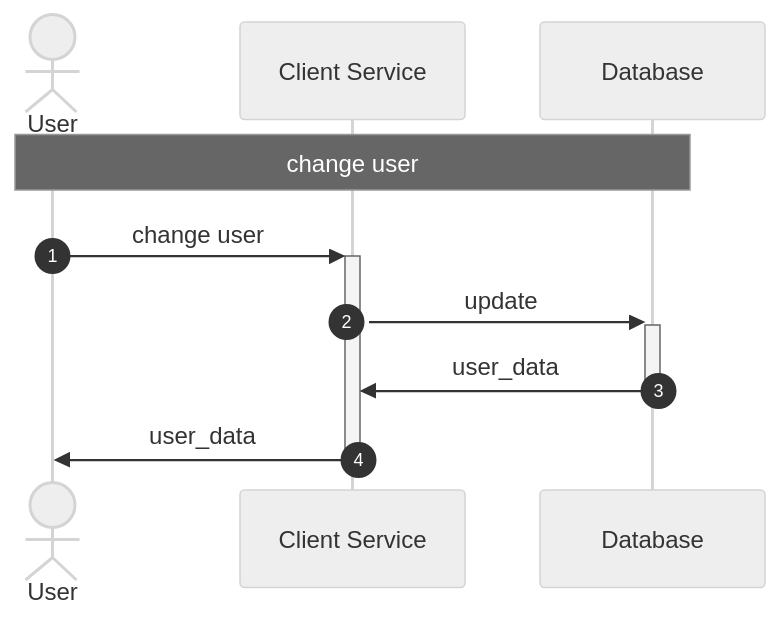
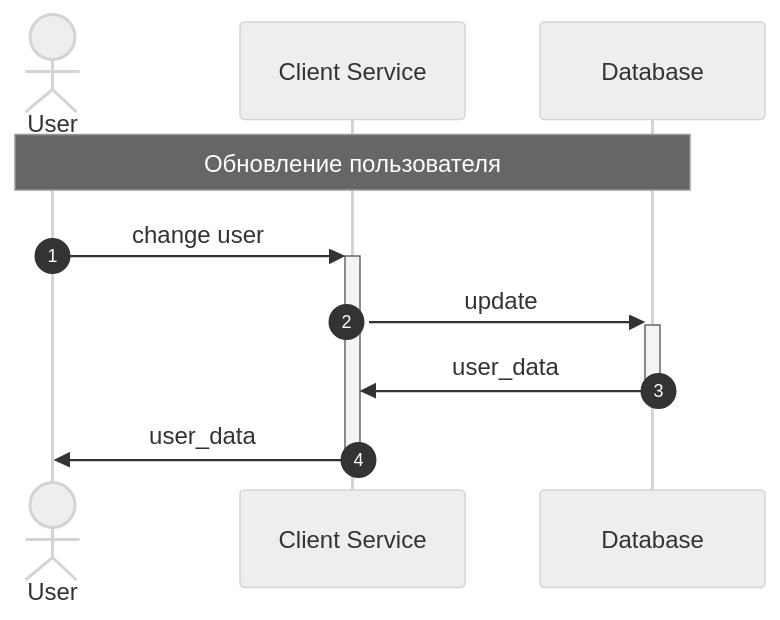
One commit to Kirill-dev2/microservice-architecture changed the second of 3 diagrams in 01-hw/README.md. Above: the diagram before and after it, drawn with Mermaid (neutral theme).

Commit message:
home work 1

````diff
--- a/01-hw/README.md
+++ b/01-hw/README.md
@@ -73,13 +73,13 @@
 ```mermaid
 sequenceDiagram
   autonumber
   actor User
   participant CS as Client Service
   participant DB as Database
 
-  Note over User,DB: change user
+  Note over User,DB: Обновление пользователя
   User ->>+ CS: change user
   CS ->>+ DB: update
   DB ->>- CS: user_data
   CS ->>- User: user_data
 ```
````
